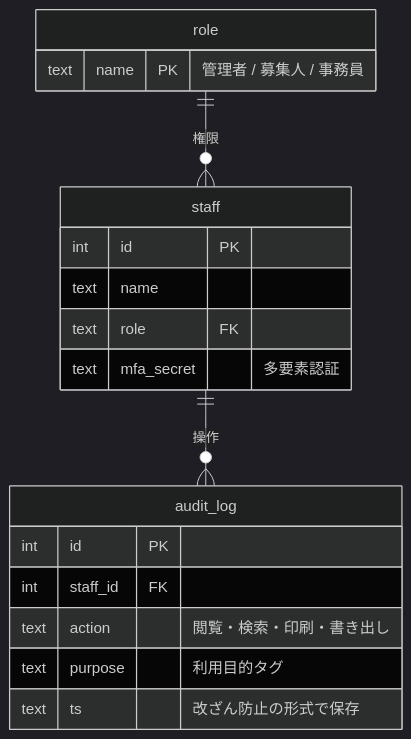
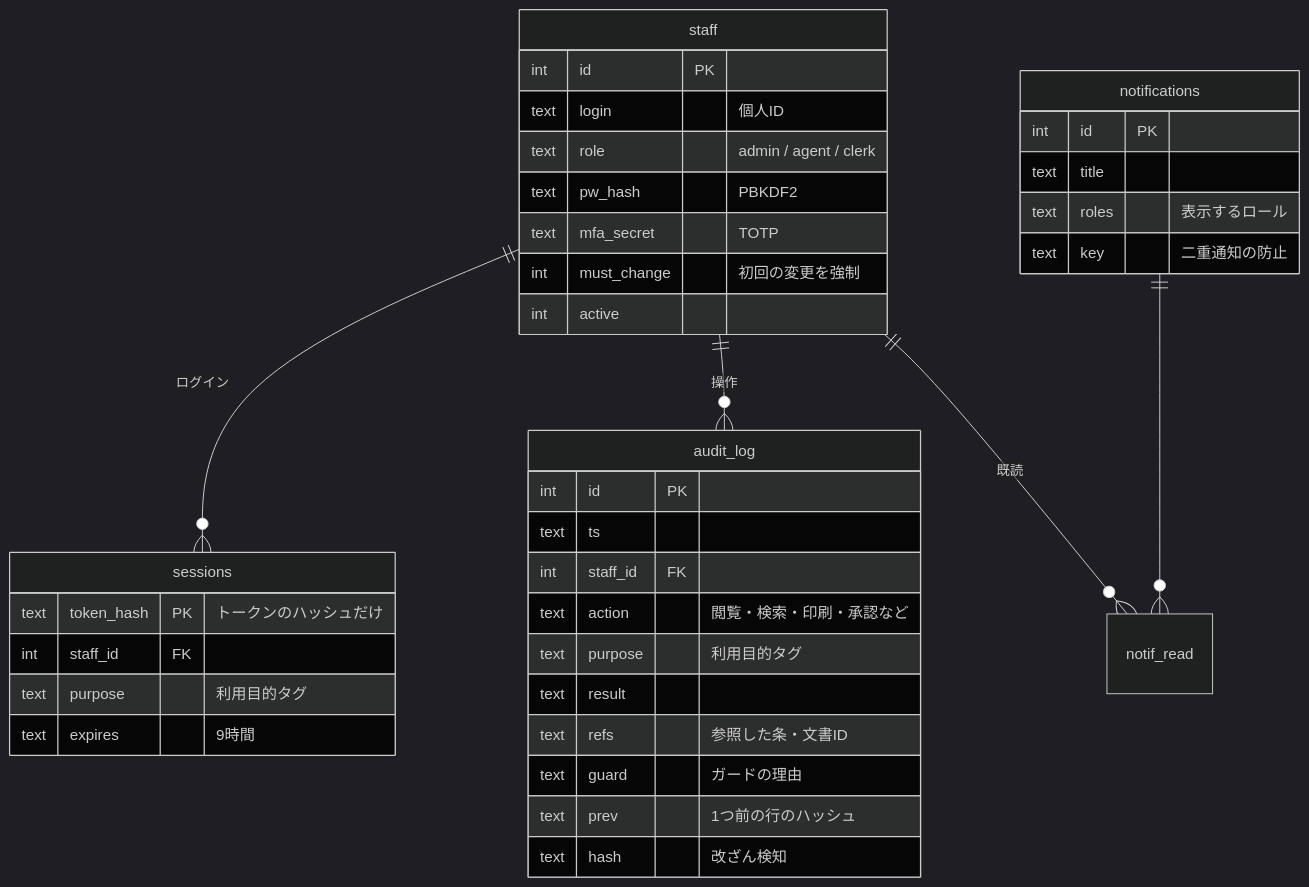
The second of 5 diagrams in docs/設計書.md (yugen0203/hokenchat), drawn with Mermaid (dark theme) before and after one commit. The commit also changed other lines of this file and 32 other files, not shown here.

````diff
--- a/docs/設計書.md
+++ b/docs/設計書.md
@@ -212,15 +225,32 @@
 ```mermaid
 erDiagram
-  role ||--o{ staff : "権限"
+  staff ||--o{ sessions : "ログイン"
   staff ||--o{ audit_log : "操作"
-  role { text name PK "管理者 / 募集人 / 事務員" }
+  staff ||--o{ notif_read : "既読"
+  notifications ||--o{ notif_read : ""
   staff { int id PK
-    text name
-    text role FK
-    text mfa_secret "多要素認証" }
+    text login "個人ID"
+    text role "admin / agent / clerk"
+    text pw_hash "PBKDF2"
+    text mfa_secret "TOTP"
+    int must_change "初回の変更を強制"
+    int active }
+  sessions { text token_hash PK "トークンのハッシュだけ"
+    int staff_id FK
+    text purpose "利用目的タグ"
+    text expires "9時間" }
   audit_log { int id PK
+    text ts
     int staff_id FK
-    text action "閲覧・検索・印刷・書き出し"
+    text action "閲覧・検索・印刷・承認など"
     text purpose "利用目的タグ"
-    text ts "改ざん防止の形式で保存" }
+    text result
+    text refs "参照した条・文書ID"
+    text guard "ガードの理由"
+    text prev "1つ前の行のハッシュ"
+    text hash "改ざん検知" }
+  notifications { int id PK
+    text title
+    text roles "表示するロール"
+    text key "二重通知の防止" }
 ```
````
